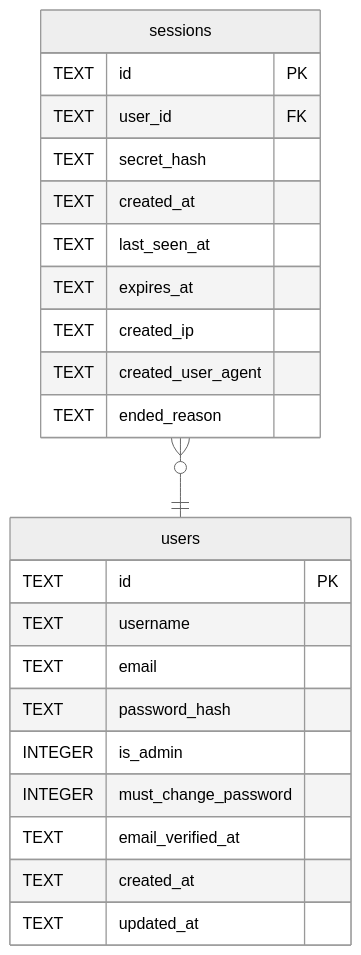
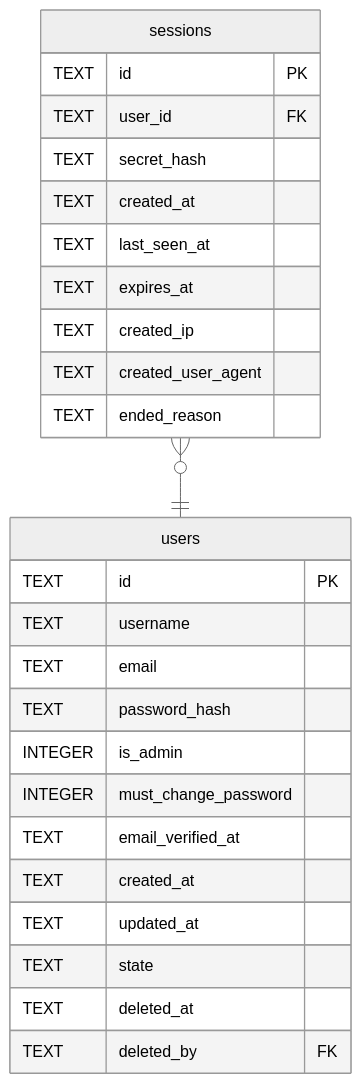
Before and after one commit to Limatura/tessera: the diagram in docs/schema/sessions.md, drawn with Mermaid (neutral theme). The commit also changed 27 other files, not shown here.

````diff
--- a/docs/schema/sessions.md
+++ b/docs/schema/sessions.md
@@ -57,28 +57,31 @@
 ```mermaid
 erDiagram
 
 "sessions" }o--|| "users" : ""
 
 "sessions" {
   TEXT id PK
   TEXT user_id FK
   TEXT secret_hash
   TEXT created_at
   TEXT last_seen_at
   TEXT expires_at
   TEXT created_ip
   TEXT created_user_agent
   TEXT ended_reason
 }
 "users" {
   TEXT id PK
   TEXT username
   TEXT email
   TEXT password_hash
   INTEGER is_admin
   INTEGER must_change_password
   TEXT email_verified_at
   TEXT created_at
   TEXT updated_at
+  TEXT state
+  TEXT deleted_at
+  TEXT deleted_by FK
 }
 ```
````
